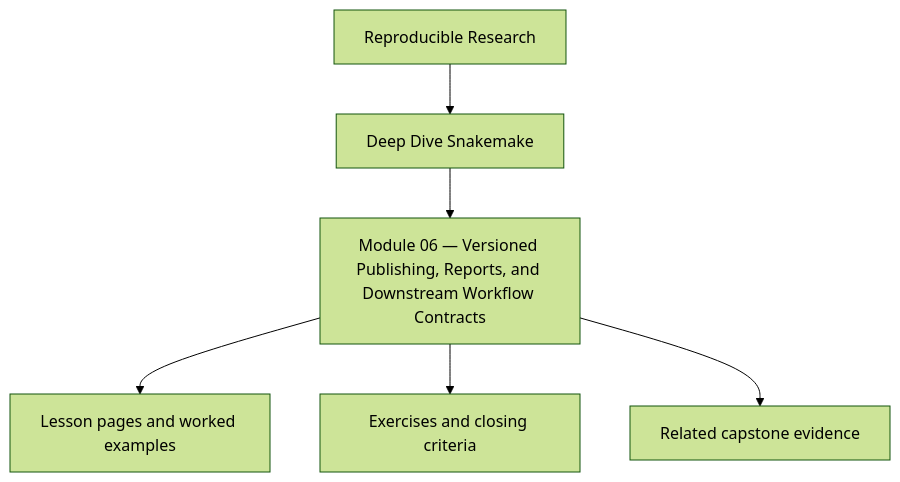
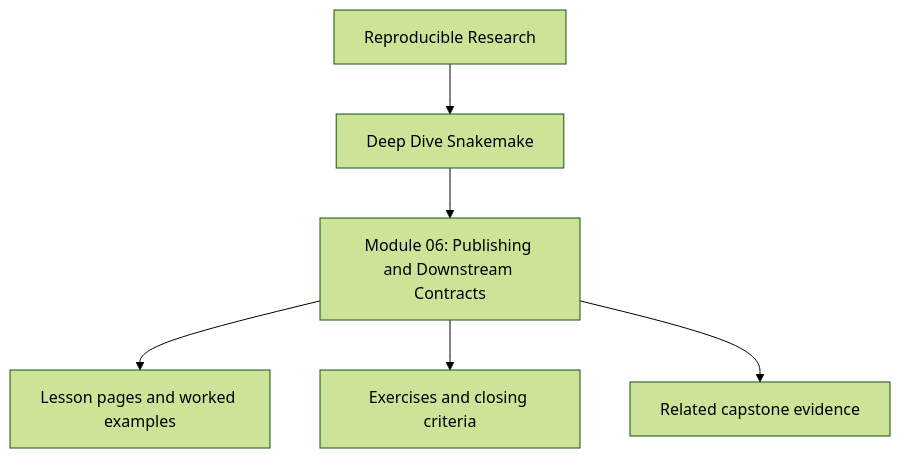
One commit to bijux/bijux-masterclass changed the first of 2 diagrams in programs/reproducible-research/deep-dive-snakemake/course-book/module-06-publishing-and-downstream-contracts/index.md. Above: the diagram before and after it, drawn with Mermaid (forest theme). The commit also changed other lines of this file and 241 other files, not shown here.

````diff
--- a/programs/reproducible-research/deep-dive-snakemake/course-book/module-06-publishing-and-downstream-contracts/index.md
+++ b/programs/reproducible-research/deep-dive-snakemake/course-book/module-06-publishing-and-downstream-contracts/index.md
@@ -9,8 +9,8 @@
 ```mermaid
 flowchart TD
   family["Reproducible Research"] --> program["Deep Dive Snakemake"]
-  program --> module["Module 06 — Versioned Publishing, Reports, and Downstream Workflow Contracts"]
+  program --> module["Module 06: Publishing and Downstream Contracts"]
   module --> lessons["Lesson pages and worked examples"]
   module --> checkpoints["Exercises and closing criteria"]
   module --> capstone["Related capstone evidence"]
 ```
````
